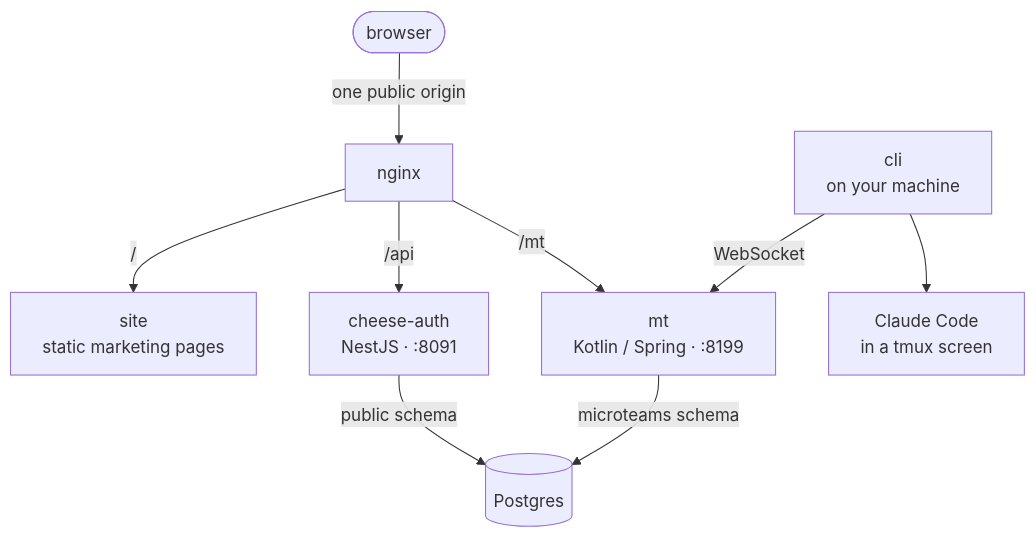
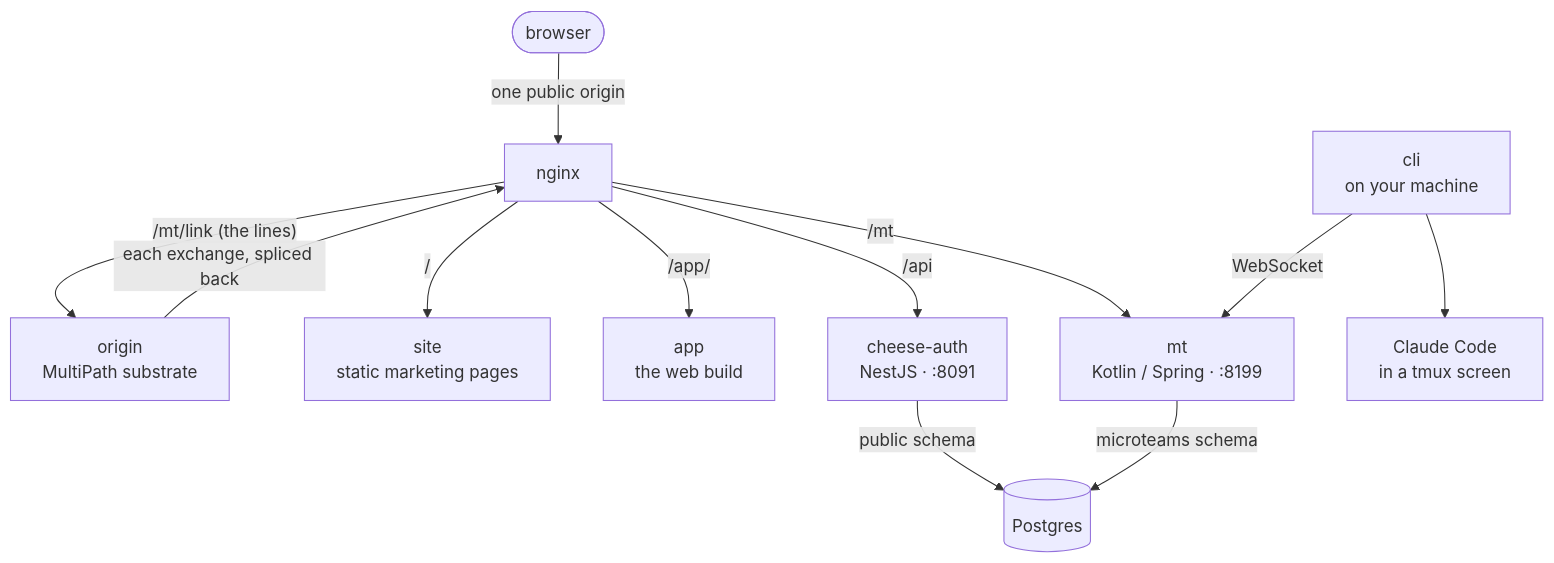
One commit to micro-teams/micro-teams changed the diagram in README.md. Above: the diagram before and after it, drawn with Mermaid. The commit also changed other lines of this file and 42 other files, not shown here.

````diff
--- a/README.md
+++ b/README.md
@@ -81,11 +81,14 @@
 ```mermaid
 flowchart TD
     browser(["browser"]) -->|one public origin| nginx["nginx"]
+    nginx -->|"/mt/link (the lines)"| origin["origin<br/>MultiPath substrate"]
+    origin -->|each exchange, spliced back| nginx
     nginx -->|"/"| site["site<br/>static marketing pages"]
+    nginx -->|"/app/"| app["app<br/>the web build"]
     nginx -->|"/api"| auth["cheese-auth<br/>NestJS · :8091"]
     nginx -->|"/mt"| mt["mt<br/>Kotlin / Spring · :8199"]
     cli["cli<br/>on your machine"] -->|WebSocket| mt
     cli --> claude["Claude Code<br/>in a tmux screen"]
     auth -->|public schema| pg[("Postgres")]
     mt -->|microteams schema| pg
 ```
````
